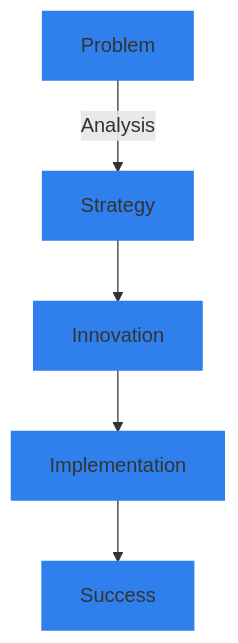
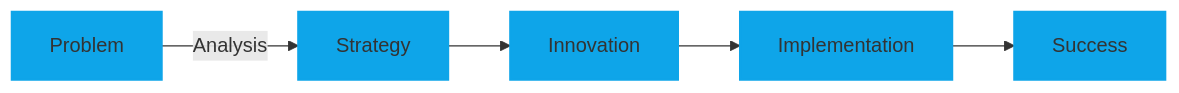
The diagram in README.md (Init-Abdellm/Init-Abdellm), drawn with Mermaid before and after one commit. The commit also changed other lines of this file, not shown here.

````diff
--- a/README.md
+++ b/README.md
@@ -103,12 +83,12 @@
 ```mermaid
-graph TD
+graph LR
     A[Problem] -->|Analysis| B[Strategy]
     B --> C[Innovation]
     C --> D[Implementation]
     D --> E[Success]
-    style A fill:#2f80ed,stroke:#2f80ed,stroke-width:2px
-    style B fill:#2f80ed,stroke:#2f80ed,stroke-width:2px
-    style C fill:#2f80ed,stroke:#2f80ed,stroke-width:2px
-    style D fill:#2f80ed,stroke:#2f80ed,stroke-width:2px
-    style E fill:#2f80ed,stroke:#2f80ed,stroke-width:2px
+    style A fill:#0ea5e9,stroke:#0ea5e9,stroke-width:2px
+    style B fill:#0ea5e9,stroke:#0ea5e9,stroke-width:2px
+    style C fill:#0ea5e9,stroke:#0ea5e9,stroke-width:2px
+    style D fill:#0ea5e9,stroke:#0ea5e9,stroke-width:2px
+    style E fill:#0ea5e9,stroke:#0ea5e9,stroke-width:2px
 ```
````
